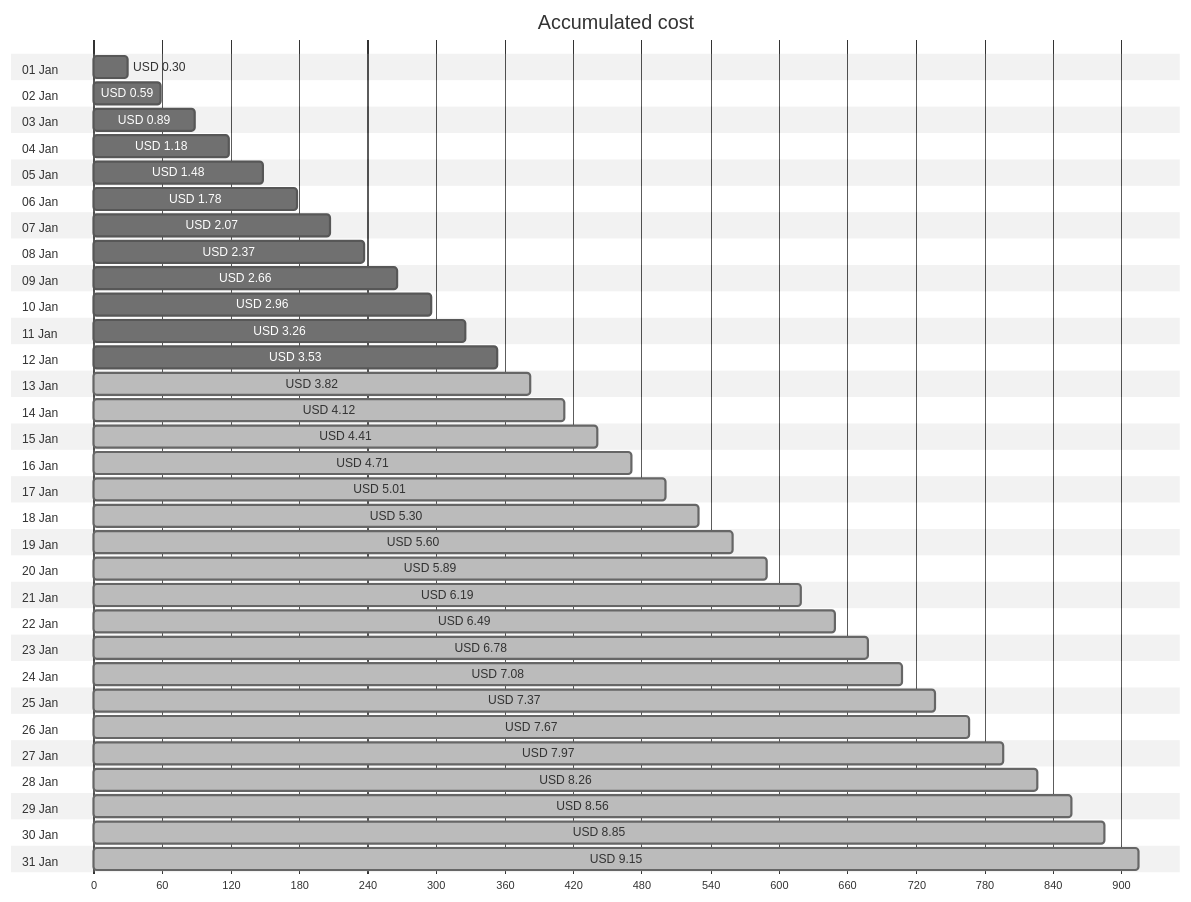
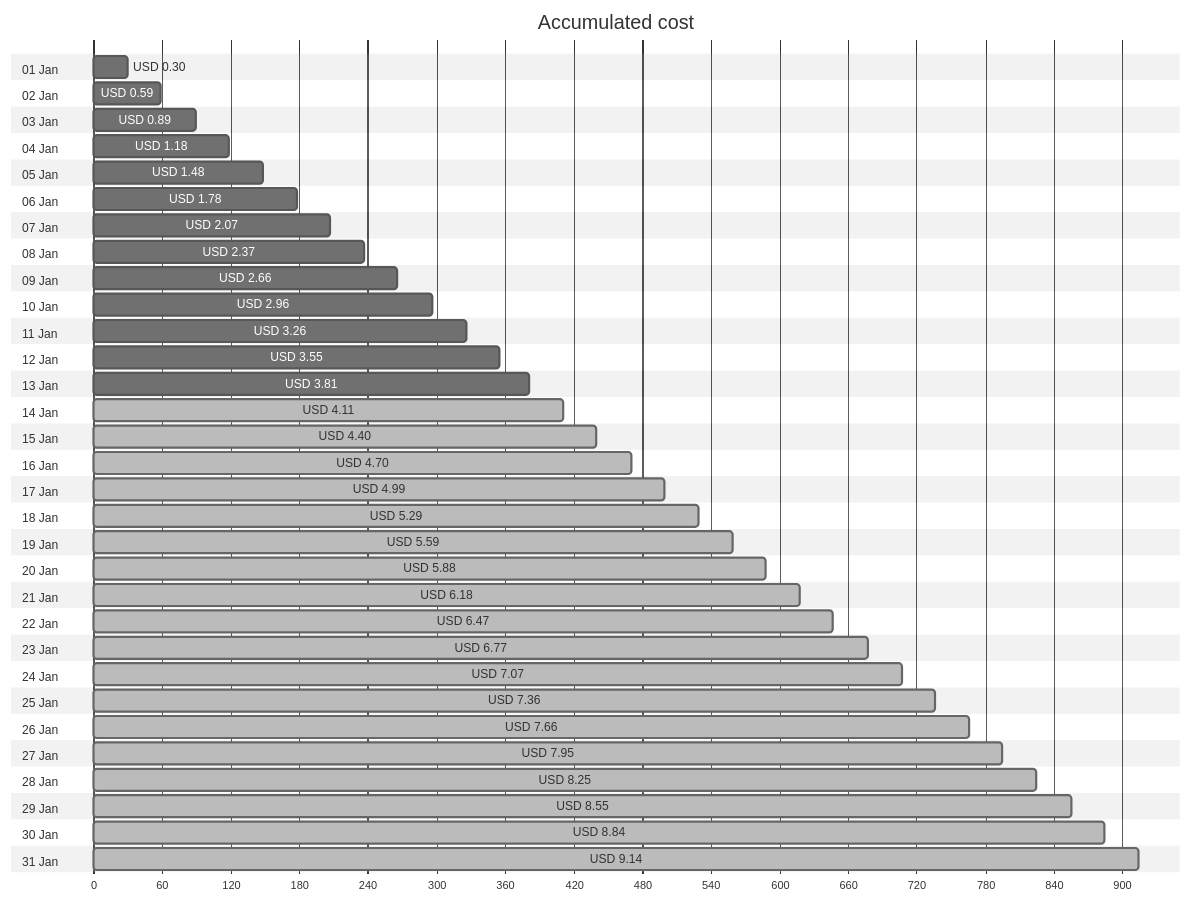
Before and after one commit to jpfulton/azure-personal-reports: the first of 4 diagrams in cost-reports/personal-site/personal-site-preview.md, drawn with Mermaid (neutral theme). The commit also changed other lines of this file and 6 other files, not shown here.

````diff
--- a/cost-reports/personal-site/personal-site-preview.md
+++ b/cost-reports/personal-site/personal-site-preview.md
@@ -20,68 +20,68 @@
 ```mermaid
 gantt
    title Accumulated cost
    dateFormat  X
    axisFormat %s
    section 01 Jan
    USD 0.30 :0, 30
    section 02 Jan
    USD 0.59 :0, 59
    section 03 Jan
    USD 0.89 :0, 89
    section 04 Jan
    USD 1.18 :0, 118
    section 05 Jan
    USD 1.48 :0, 148
    section 06 Jan
    USD 1.78 :0, 178
    section 07 Jan
    USD 2.07 :0, 207
    section 08 Jan
    USD 2.37 :0, 237
    section 09 Jan
    USD 2.66 :0, 266
    section 10 Jan
    USD 2.96 :0, 296
    section 11 Jan
    USD 3.26 :0, 326
    section 12 Jan
-   USD 3.53 :0, 353
+   USD 3.55 :0, 355
    section 13 Jan
-   USD 3.82 : done, 0, 382
+   USD 3.81 :0, 381
    section 14 Jan
-   USD 4.12 : done, 0, 412
+   USD 4.11 : done, 0, 411
    section 15 Jan
-   USD 4.41 : done, 0, 441
+   USD 4.40 : done, 0, 440
    section 16 Jan
-   USD 4.71 : done, 0, 471
+   USD 4.70 : done, 0, 470
    section 17 Jan
-   USD 5.01 : done, 0, 501
+   USD 4.99 : done, 0, 499
    section 18 Jan
-   USD 5.30 : done, 0, 530
+   USD 5.29 : done, 0, 529
    section 19 Jan
-   USD 5.60 : done, 0, 560
+   USD 5.59 : done, 0, 559
    section 20 Jan
-   USD 5.89 : done, 0, 589
+   USD 5.88 : done, 0, 588
    section 21 Jan
-   USD 6.19 : done, 0, 619
+   USD 6.18 : done, 0, 618
    section 22 Jan
-   USD 6.49 : done, 0, 649
+   USD 6.47 : done, 0, 647
    section 23 Jan
-   USD 6.78 : done, 0, 678
+   USD 6.77 : done, 0, 677
    section 24 Jan
-   USD 7.08 : done, 0, 708
+   USD 7.07 : done, 0, 707
    section 25 Jan
-   USD 7.37 : done, 0, 737
+   USD 7.36 : done, 0, 736
    section 26 Jan
-   USD 7.67 : done, 0, 767
+   USD 7.66 : done, 0, 766
    section 27 Jan
-   USD 7.97 : done, 0, 797
+   USD 7.95 : done, 0, 795
    section 28 Jan
-   USD 8.26 : done, 0, 826
+   USD 8.25 : done, 0, 825
    section 29 Jan
-   USD 8.56 : done, 0, 856
+   USD 8.55 : done, 0, 855
    section 30 Jan
-   USD 8.85 : done, 0, 885
+   USD 8.84 : done, 0, 884
    section 31 Jan
-   USD 9.15 : done, 0, 915
+   USD 9.14 : done, 0, 914
 ```
````
